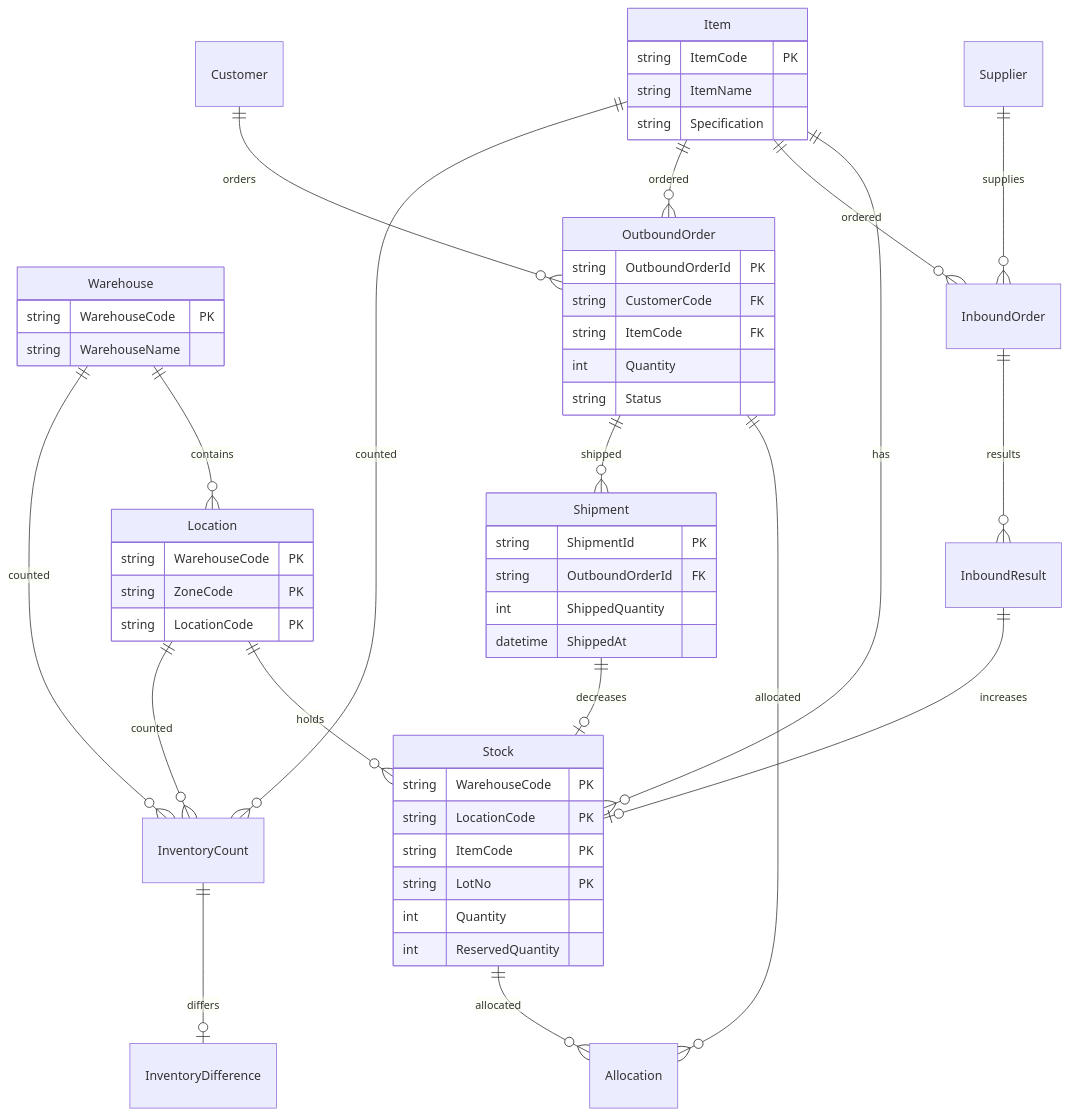
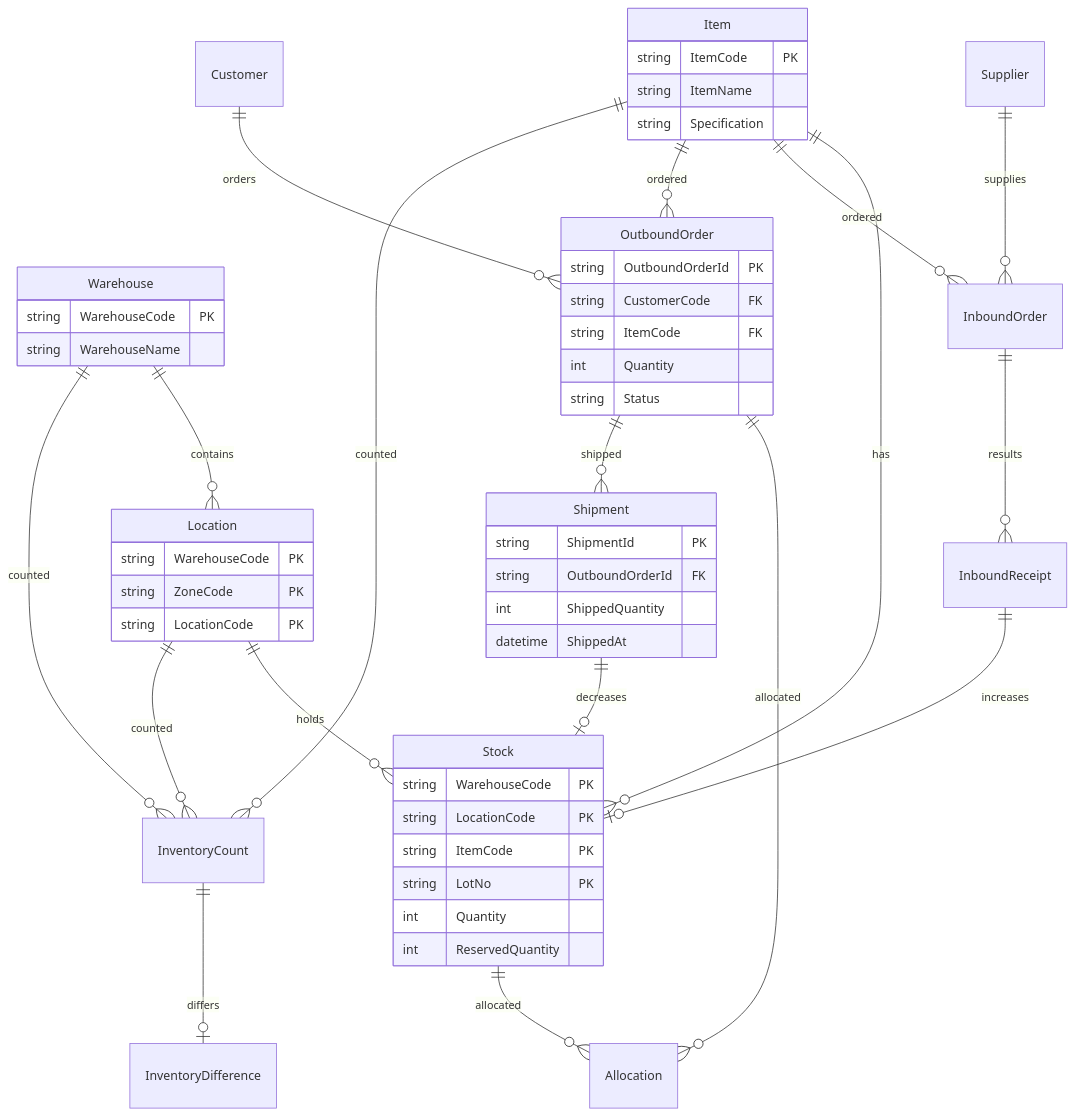
Before and after one commit to innovative-code-m/wms-research-sample-repo: the diagram in docs/30_data-model/DataModel.md, drawn with Mermaid. The commit also changed other lines of this file and 5 other files, not shown here.

````diff
--- a/docs/30_data-model/DataModel.md
+++ b/docs/30_data-model/DataModel.md
@@ -145,61 +145,61 @@
 ```mermaid
 erDiagram
     Item ||--o{ Stock : "has"
     Warehouse ||--o{ Location : "contains"
     Location ||--o{ Stock : "holds"
     Stock ||--o{ Allocation : "allocated"
     Supplier ||--o{ InboundOrder : "supplies"
     Item ||--o{ InboundOrder : "ordered"
-    InboundOrder ||--o{ InboundResult : "results"
-    InboundResult ||--o| Stock : "increases"
+    InboundOrder ||--o{ InboundReceipt : "results"
+    InboundReceipt ||--o| Stock : "increases"
     Customer ||--o{ OutboundOrder : "orders"
     Item ||--o{ OutboundOrder : "ordered"
     OutboundOrder ||--o{ Allocation : "allocated"
     OutboundOrder ||--o{ Shipment : "shipped"
     Shipment ||--o| Stock : "decreases"
     Warehouse ||--o{ InventoryCount : "counted"
     Location ||--o{ InventoryCount : "counted"
     Item ||--o{ InventoryCount : "counted"
     InventoryCount ||--o| InventoryDifference : "differs"
 
     Item {
         string ItemCode PK
         string ItemName
         string Specification
     }
 
     Warehouse {
         string WarehouseCode PK
         string WarehouseName
     }
 
     Location {
         string WarehouseCode PK
         string ZoneCode PK
         string LocationCode PK
     }
 
     Stock {
         string WarehouseCode PK
         string LocationCode PK
         string ItemCode PK
         string LotNo PK
         int Quantity
         int ReservedQuantity
     }
 
     OutboundOrder {
         string OutboundOrderId PK
         string CustomerCode FK
         string ItemCode FK
         int Quantity
         string Status
     }
 
     Shipment {
         string ShipmentId PK
         string OutboundOrderId FK
         int ShippedQuantity
         datetime ShippedAt
     }
 ```
````
